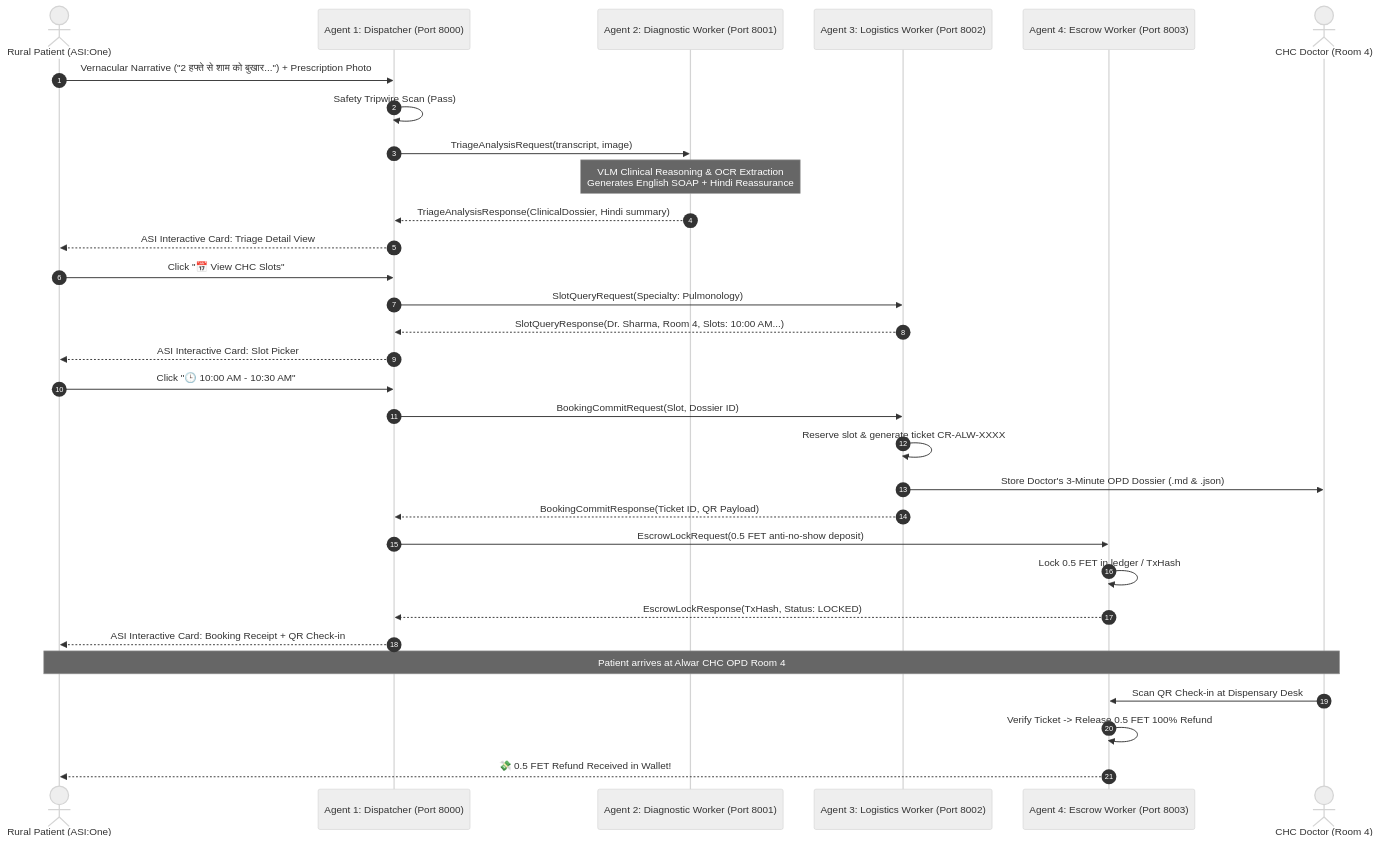
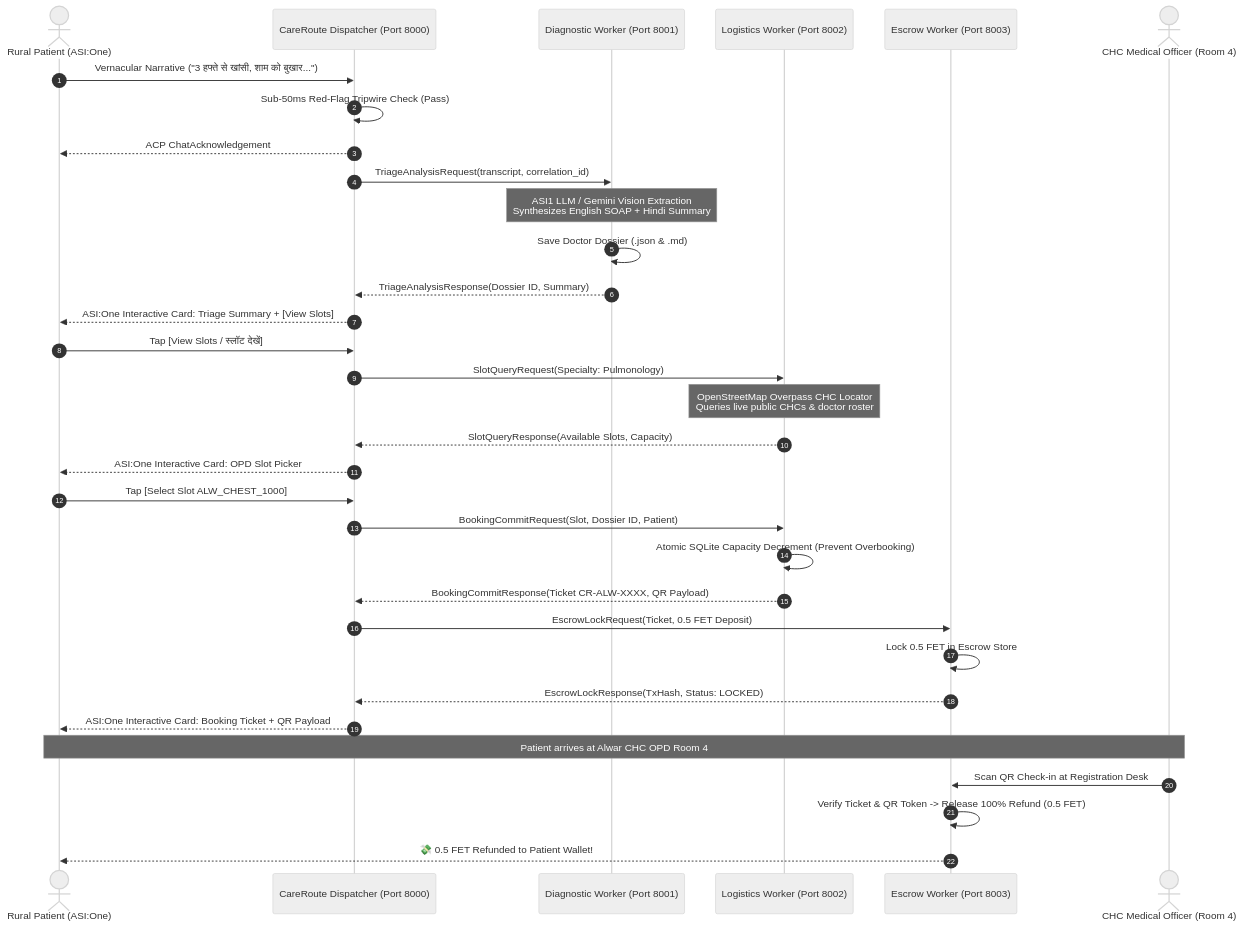
One commit to manavbaid-netizen/CareRoute changed the second of 2 diagrams in README.md. Above: the diagram before and after it, drawn with Mermaid (neutral theme). The commit also changed other lines of this file and 39 other files, not shown here.

````diff
--- a/README.md
+++ b/README.md
@@ -62,38 +66,40 @@
 ```mermaid
 sequenceDiagram
     autonumber
     actor Patient as Rural Patient (ASI:One)
-    participant Gateway as Agent 1: Dispatcher (Port 8000)
-    participant Diag as Agent 2: Diagnostic Worker (Port 8001)
-    participant Logist as Agent 3: Logistics Worker (Port 8002)
-    participant Escrow as Agent 4: Escrow Worker (Port 8003)
-    actor Doctor as CHC Doctor (Room 4)
+    participant Gateway as CareRoute Dispatcher (Port 8000)
+    participant Diag as Diagnostic Worker (Port 8001)
+    participant Logist as Logistics Worker (Port 8002)
+    participant Escrow as Escrow Worker (Port 8003)
+    actor Doctor as CHC Medical Officer (Room 4)
 
-    Patient->>Gateway: Vernacular Narrative ("2 हफ्ते से शाम को बुखार...") + Prescription Photo
-    Gateway->>Gateway: Safety Tripwire Scan (Pass)
-    Gateway->>Diag: TriageAnalysisRequest(transcript, image)
-    Note over Diag: VLM Clinical Reasoning & OCR Extraction<br/>Generates English SOAP + Hindi Reassurance
-    Diag-->>Gateway: TriageAnalysisResponse(ClinicalDossier, Hindi summary)
-    Gateway-->>Patient: ASI Interactive Card: Triage Detail View
+    Patient->>Gateway: Vernacular Narrative ("3 हफ्ते से खांसी, शाम को बुखार...")
+    Gateway->>Gateway: Sub-50ms Red-Flag Tripwire Check (Pass)
+    Gateway-->>Patient: ACP ChatAcknowledgement
+    Gateway->>Diag: TriageAnalysisRequest(transcript, correlation_id)
+    Note over Diag: ASI1 LLM / Gemini Vision Extraction<br/>Synthesizes English SOAP + Hindi Summary
+    Diag->>Diag: Save Doctor Dossier (.json & .md)
+    Diag-->>Gateway: TriageAnalysisResponse(Dossier ID, Summary)
+    Gateway-->>Patient: ASI:One Interactive Card: Triage Summary + [View Slots]
     
-    Patient->>Gateway: Click "📅 View CHC Slots"
+    Patient->>Gateway: Tap [View Slots / स्लॉट देखें]
     Gateway->>Logist: SlotQueryRequest(Specialty: Pulmonology)
-    Logist-->>Gateway: SlotQueryResponse(Dr. Sharma, Room 4, Slots: 10:00 AM...)
-    Gateway-->>Patient: ASI Interactive Card: Slot Picker
+    Note over Logist: OpenStreetMap Overpass CHC Locator<br/>Queries live public CHCs & doctor roster
+    Logist-->>Gateway: SlotQueryResponse(Available Slots, Capacity)
+    Gateway-->>Patient: ASI:One Interactive Card: OPD Slot Picker
     
-    Patient->>Gateway: Click "🕒 10:00 AM - 10:30 AM"
-    Gateway->>Logist: BookingCommitRequest(Slot, Dossier ID)
-    Logist->>Logist: Reserve slot & generate ticket CR-ALW-XXXX
-    Logist->>Doctor: Store Doctor's 3-Minute OPD Dossier (.md & .json)
-    Logist-->>Gateway: BookingCommitResponse(Ticket ID, QR Payload)
+    Patient->>Gateway: Tap [Select Slot ALW_CHEST_1000]
+    Gateway->>Logist: BookingCommitRequest(Slot, Dossier ID, Patient)
+    Logist->>Logist: Atomic SQLite Capacity Decrement (Prevent Overbooking)
+    Logist-->>Gateway: BookingCommitResponse(Ticket CR-ALW-XXXX, QR Payload)
     
-    Gateway->>Escrow: EscrowLockRequest(0.5 FET anti-no-show deposit)
-    Escrow->>Escrow: Lock 0.5 FET in ledger / TxHash
+    Gateway->>Escrow: EscrowLockRequest(Ticket, 0.5 FET Deposit)
+    Escrow->>Escrow: Lock 0.5 FET in Escrow Store
     Escrow-->>Gateway: EscrowLockResponse(TxHash, Status: LOCKED)
-    Gateway-->>Patient: ASI Interactive Card: Booking Receipt + QR Check-in
+    Gateway-->>Patient: ASI:One Interactive Card: Booking Ticket + QR Payload
     
     Note over Patient,Doctor: Patient arrives at Alwar CHC OPD Room 4
-    Doctor->>Escrow: Scan QR Check-in at Dispensary Desk
-    Escrow->>Escrow: Verify Ticket -> Release 0.5 FET 100% Refund
-    Escrow-->>Patient: 💸 0.5 FET Refund Received in Wallet!
+    Doctor->>Escrow: Scan QR Check-in at Registration Desk
+    Escrow->>Escrow: Verify Ticket & QR Token -> Release 100% Refund (0.5 FET)
+    Escrow-->>Patient: 💸 0.5 FET Refunded to Patient Wallet!
 ```
````
